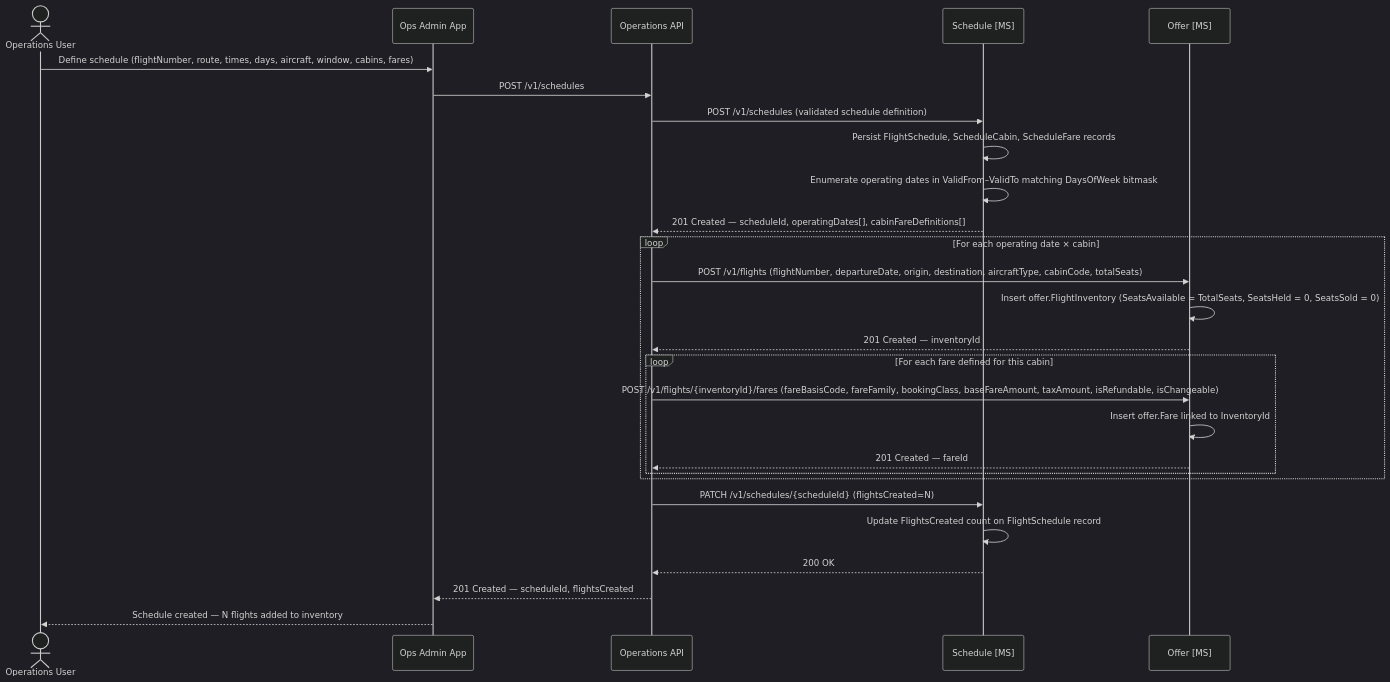
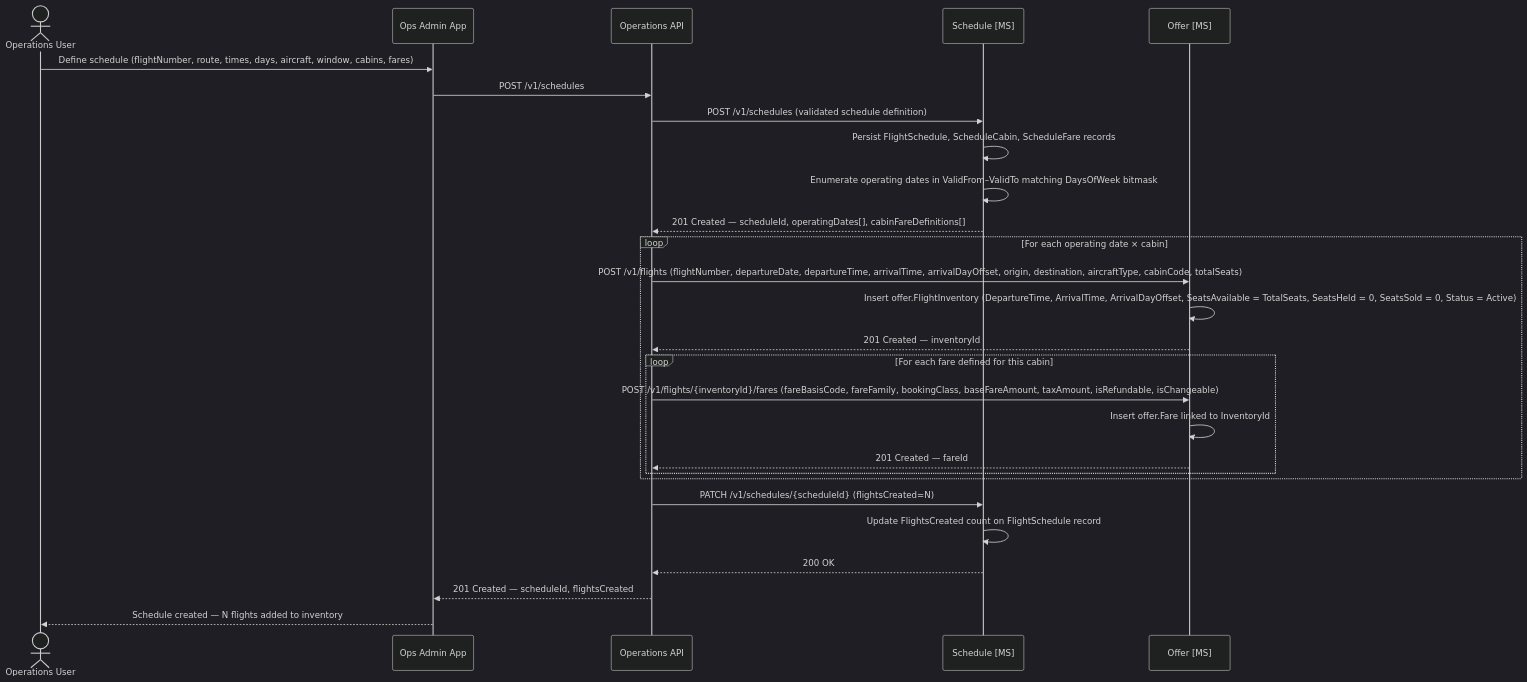
Before and after one commit to sebharvey/airline-reservation-system: the second of 27 diagrams in documentation/design.md, drawn with Mermaid (dark theme). The commit also changed other lines of this file, not shown here.

First line of the commit message:
Review and fix PSS architecture design document

````diff
--- a/documentation/design.md
+++ b/documentation/design.md
@@ -415,34 +423,34 @@
 ```mermaid
 sequenceDiagram
     actor OpsUser as Operations User
     participant OpsApp as Ops Admin App
     participant ScheduleAPI as Operations API
     participant ScheduleMS as Schedule [MS]
     participant OfferMS as Offer [MS]
 
     OpsUser->>OpsApp: Define schedule (flightNumber, route, times, days, aircraft, window, cabins, fares)
     OpsApp->>ScheduleAPI: POST /v1/schedules
 
     ScheduleAPI->>ScheduleMS: POST /v1/schedules (validated schedule definition)
     ScheduleMS->>ScheduleMS: Persist FlightSchedule, ScheduleCabin, ScheduleFare records
     ScheduleMS->>ScheduleMS: Enumerate operating dates in ValidFrom–ValidTo matching DaysOfWeek bitmask
     ScheduleMS-->>ScheduleAPI: 201 Created — scheduleId, operatingDates[], cabinFareDefinitions[]
 
     loop For each operating date × cabin
-        ScheduleAPI->>OfferMS: POST /v1/flights (flightNumber, departureDate, origin, destination, aircraftType, cabinCode, totalSeats)
-        OfferMS->>OfferMS: Insert offer.FlightInventory (SeatsAvailable = TotalSeats, SeatsHeld = 0, SeatsSold = 0)
+        ScheduleAPI->>OfferMS: POST /v1/flights (flightNumber, departureDate, departureTime, arrivalTime, arrivalDayOffset, origin, destination, aircraftType, cabinCode, totalSeats)
+        OfferMS->>OfferMS: Insert offer.FlightInventory (DepartureTime, ArrivalTime, ArrivalDayOffset, SeatsAvailable = TotalSeats, SeatsHeld = 0, SeatsSold = 0, Status = Active)
         OfferMS-->>ScheduleAPI: 201 Created — inventoryId
 
         loop For each fare defined for this cabin
             ScheduleAPI->>OfferMS: POST /v1/flights/{inventoryId}/fares (fareBasisCode, fareFamily, bookingClass, baseFareAmount, taxAmount, isRefundable, isChangeable)
             OfferMS->>OfferMS: Insert offer.Fare linked to InventoryId
             OfferMS-->>ScheduleAPI: 201 Created — fareId
         end
     end
 
     ScheduleAPI->>ScheduleMS: PATCH /v1/schedules/{scheduleId} (flightsCreated=N)
     ScheduleMS->>ScheduleMS: Update FlightsCreated count on FlightSchedule record
     ScheduleMS-->>ScheduleAPI: 200 OK
     ScheduleAPI-->>OpsApp: 201 Created — scheduleId, flightsCreated
     OpsApp-->>OpsUser: Schedule created — N flights added to inventory
 ```
````
